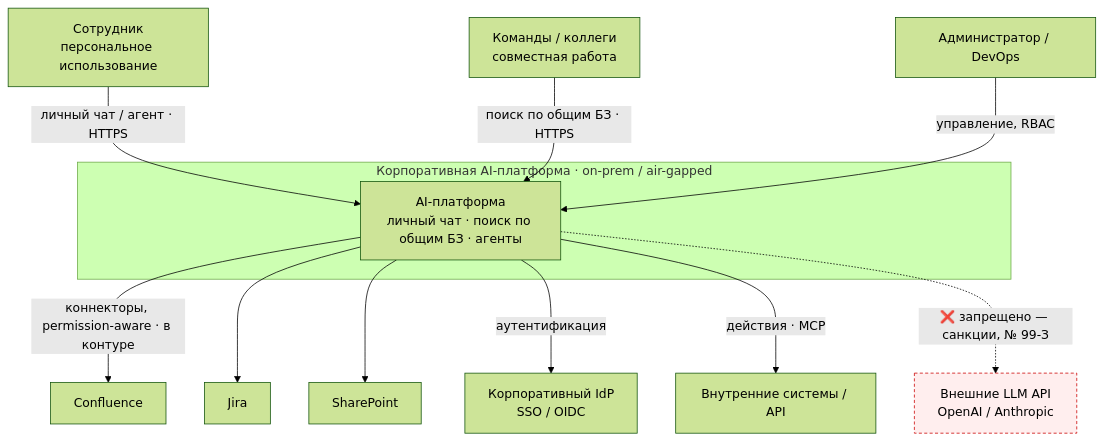
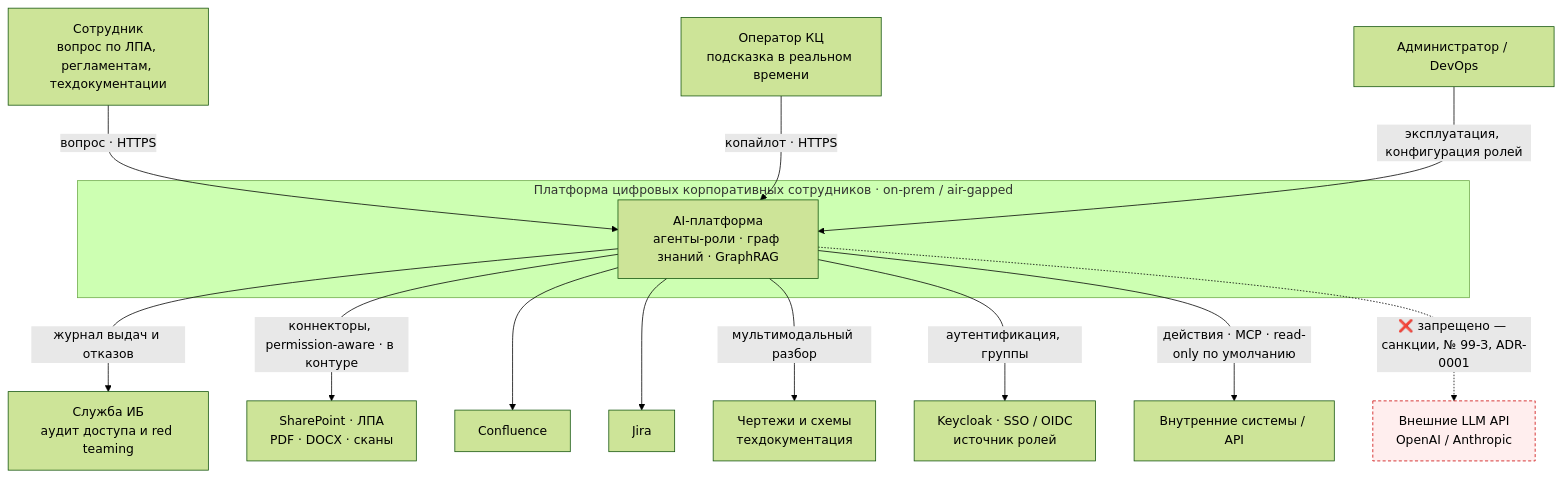
The first of 4 diagrams in final-project/diagrams/c4.md (ZubikIT/ai-architect), drawn with Mermaid (forest theme) before and after one commit. The commit also changed other lines of this file, not shown here.

First line of the commit message:
docs(final-project/diagrams): C4 обновлён под GraphRAG, MAS и разделение Control/Data Plane

````diff
--- a/final-project/diagrams/c4.md
+++ b/final-project/diagrams/c4.md
@@ -9,30 +11,34 @@
 ```mermaid
 flowchart TB
-  emp["Сотрудник<br/>персональное использование"]
-  team["Команды / коллеги<br/>совместная работа"]
+  emp["Сотрудник<br/>вопрос по ЛПА, регламентам, техдокументации"]
+  op["Оператор КЦ<br/>подсказка в реальном времени"]
   admin["Администратор / DevOps"]
+  sec["Служба ИБ<br/>аудит доступа и red teaming"]
 
-  subgraph plat["Корпоративная AI-платформа · on-prem / air-gapped"]
-    core["AI-платформа<br/>личный чат · поиск по общим БЗ · агенты"]
+  subgraph plat["Платформа цифровых корпоративных сотрудников · on-prem / air-gapped"]
+    core["AI-платформа<br/>агенты-роли · граф знаний · GraphRAG"]
   end
 
+  sp["SharePoint · ЛПА<br/>PDF · DOCX · сканы"]
   conf["Confluence"]
   jira["Jira"]
-  sp["SharePoint"]
-  idp["Корпоративный IdP<br/>SSO / OIDC"]
+  cad["Чертежи и схемы<br/>техдокументация"]
+  idp["Keycloak · SSO / OIDC<br/>источник ролей"]
   intsys["Внутренние системы / API"]
   noext["Внешние LLM API<br/>OpenAI / Anthropic"]
 
-  emp -->|"личный чат / агент · HTTPS"| core
-  team -->|"поиск по общим БЗ · HTTPS"| core
-  admin -->|"управление, RBAC"| core
-  core -->|"коннекторы, permission-aware · в контуре"| conf
+  emp -->|"вопрос · HTTPS"| core
+  op -->|"копайлот · HTTPS"| core
+  admin -->|"эксплуатация, конфигурация ролей"| core
+  core -->|"журнал выдач и отказов"| sec
+  core -->|"коннекторы, permission-aware · в контуре"| sp
+  core --> conf
   core --> jira
-  core --> sp
-  core -->|"аутентификация"| idp
-  core -->|"действия · MCP"| intsys
-  core -. "❌ запрещено — санкции, № 99-З" .-> noext
+  core -->|"мультимодальный разбор"| cad
+  core -->|"аутентификация, группы"| idp
+  core -->|"действия · MCP · read-only по умолчанию"| intsys
+  core -. "❌ запрещено — санкции, № 99-З, ADR-0001" .-> noext
 
   classDef forbidden fill:#fee,stroke:#c00,stroke-dasharray:4 3;
   class noext forbidden;
 ```
````
